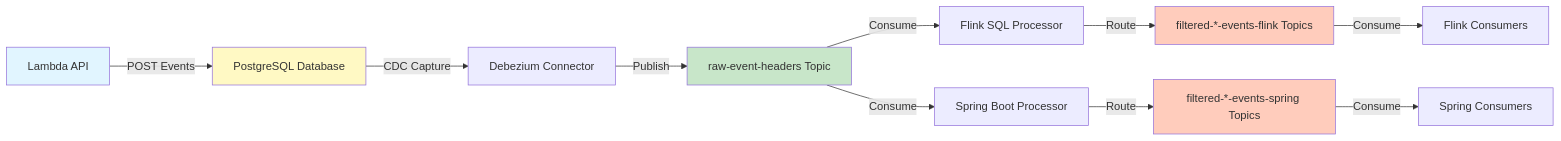
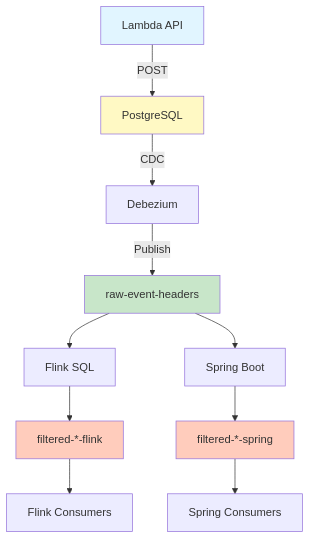
One commit to RickZee/api-performance-multi-lang changed the diagram in cdc-streaming/E2E_TEST_PIPELINE_GUIDE.md. Above: the diagram before and after it, drawn with Mermaid.

Commit message:
Better diagram formatting

````diff
--- a/cdc-streaming/E2E_TEST_PIPELINE_GUIDE.md
+++ b/cdc-streaming/E2E_TEST_PIPELINE_GUIDE.md
@@ -11,18 +11,21 @@
 ```mermaid
-flowchart LR
-    A[Lambda API] -->|POST Events| B[PostgreSQL Database]
-    B -->|CDC Capture| C[Debezium Connector]
-    C -->|Publish| D[raw-event-headers Topic]
-    D -->|Consume| E1[Flink SQL Processor]
-    D -->|Consume| E2[Spring Boot Processor]
-    E1 -->|Route| F1[filtered-*-events-flink Topics]
-    E2 -->|Route| F2[filtered-*-events-spring Topics]
-    F1 -->|Consume| G1[Flink Consumers]
-    F2 -->|Consume| G2[Spring Consumers]
+flowchart TD
+    A[Lambda API] -->|POST| B[PostgreSQL]
+    B -->|CDC| C[Debezium]
+    C -->|Publish| D[raw-event-headers]
+    
+    D --> E1[Flink SQL]
+    D --> E2[Spring Boot]
+    
+    E1 --> F1[filtered-*-flink]
+    E2 --> F2[filtered-*-spring]
+    
+    F1 --> G1[Flink Consumers]
+    F2 --> G2[Spring Consumers]
     
     style A fill:#e1f5ff
     style B fill:#fff9c4
     style D fill:#c8e6c9
     style F1 fill:#ffccbc
     style F2 fill:#ffccbc
 ```
````
